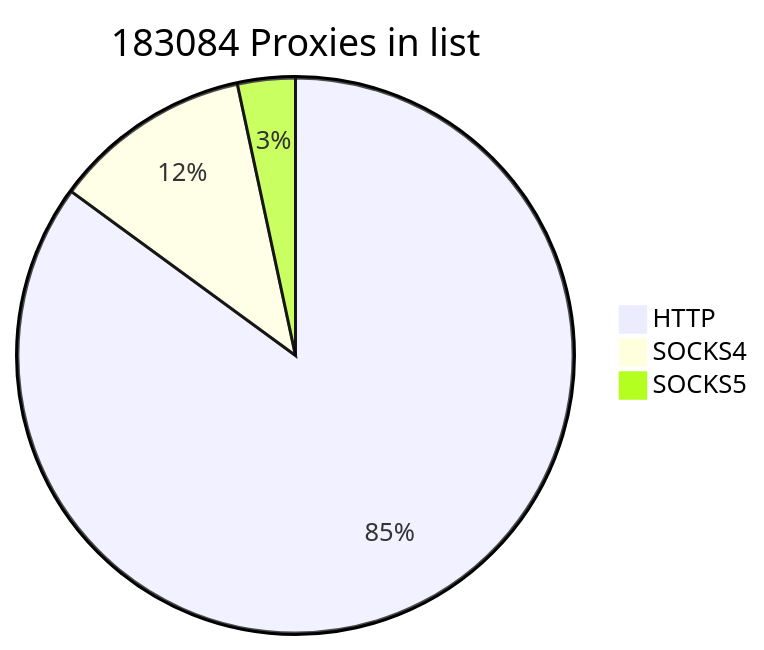
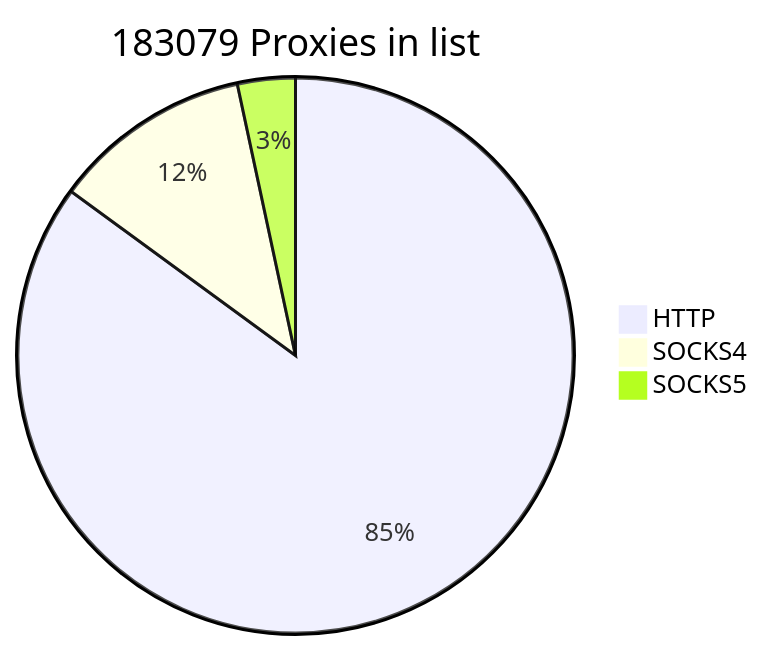
Before and after one commit to cutipu/proxylist: the first of 2 diagrams in README.md, drawn with Mermaid. The commit also changed other lines of this file, not shown here.

````diff
--- a/README.md
+++ b/README.md
@@ -2,7 +2,7 @@
 ```mermaid
-pie title 183084 Proxies in list
-    "HTTP" : 155718
-    "SOCKS4" : 21216
-    "SOCKS5" : 6150
+pie title 183079 Proxies in list
+    "HTTP" : 155711
+    "SOCKS4" : 21213
+    "SOCKS5" : 6155
             
 ```
````
